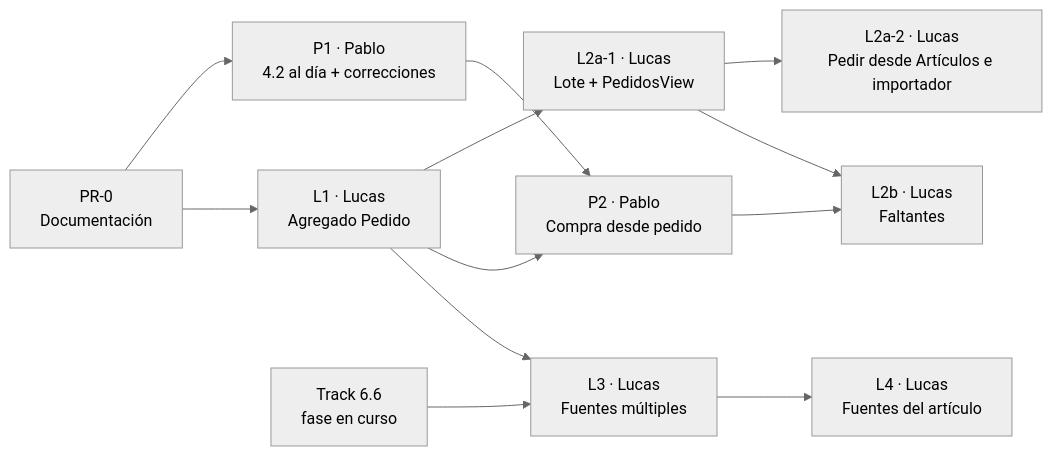
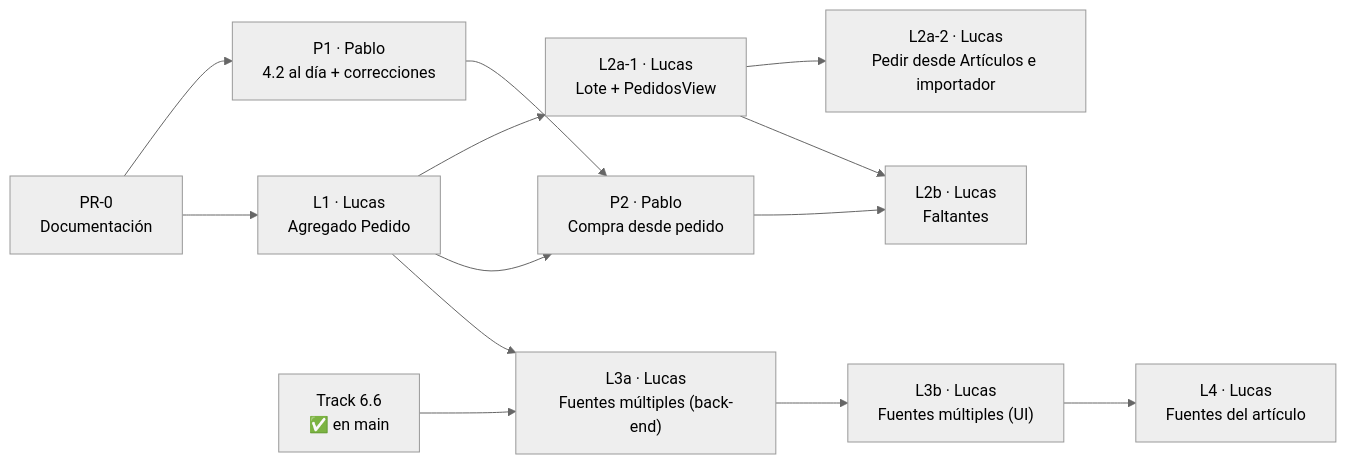
Before and after one commit to lucaskruzolek/retail: the second of 5 diagrams in docs/roadmap/etapa-4-track-4.3-abastecimiento.md, drawn with Mermaid (neutral theme). The commit also changed other lines of this file and 13 other files, not shown here.

First line of the commit message:
feat(abastecimiento): fuentes múltiples en dominio y persistencia (Track 4.3, L3a, pasos 2-3)

````diff
--- a/docs/roadmap/etapa-4-track-4.3-abastecimiento.md
+++ b/docs/roadmap/etapa-4-track-4.3-abastecimiento.md
@@ -49,14 +50,15 @@
 ```mermaid
 graph LR
     PR0["PR-0<br/>Documentación"] --> P1["P1 · Pablo<br/>4.2 al día + correcciones"]
     PR0 --> L1["L1 · Lucas<br/>Agregado Pedido"]
     L1 --> L2a1["L2a-1 · Lucas<br/>Lote + PedidosView"]
     L2a1 --> L2a2["L2a-2 · Lucas<br/>Pedir desde Artículos e importador"]
     L1 --> P2["P2 · Pablo<br/>Compra desde pedido"]
     P1 --> P2
     L2a1 --> L2b["L2b · Lucas<br/>Faltantes"]
     P2 --> L2b
-    T66["Track 6.6<br/>fase en curso"] --> L3["L3 · Lucas<br/>Fuentes múltiples"]
-    L1 --> L3
-    L3 --> L4["L4 · Lucas<br/>Fuentes del artículo"]
+    T66["Track 6.6<br/>✅ en main"] --> L3a["L3a · Lucas<br/>Fuentes múltiples (back-end)"]
+    L1 --> L3a
+    L3a --> L3b["L3b · Lucas<br/>Fuentes múltiples (UI)"]
+    L3b --> L4["L4 · Lucas<br/>Fuentes del artículo"]
 ```
````
